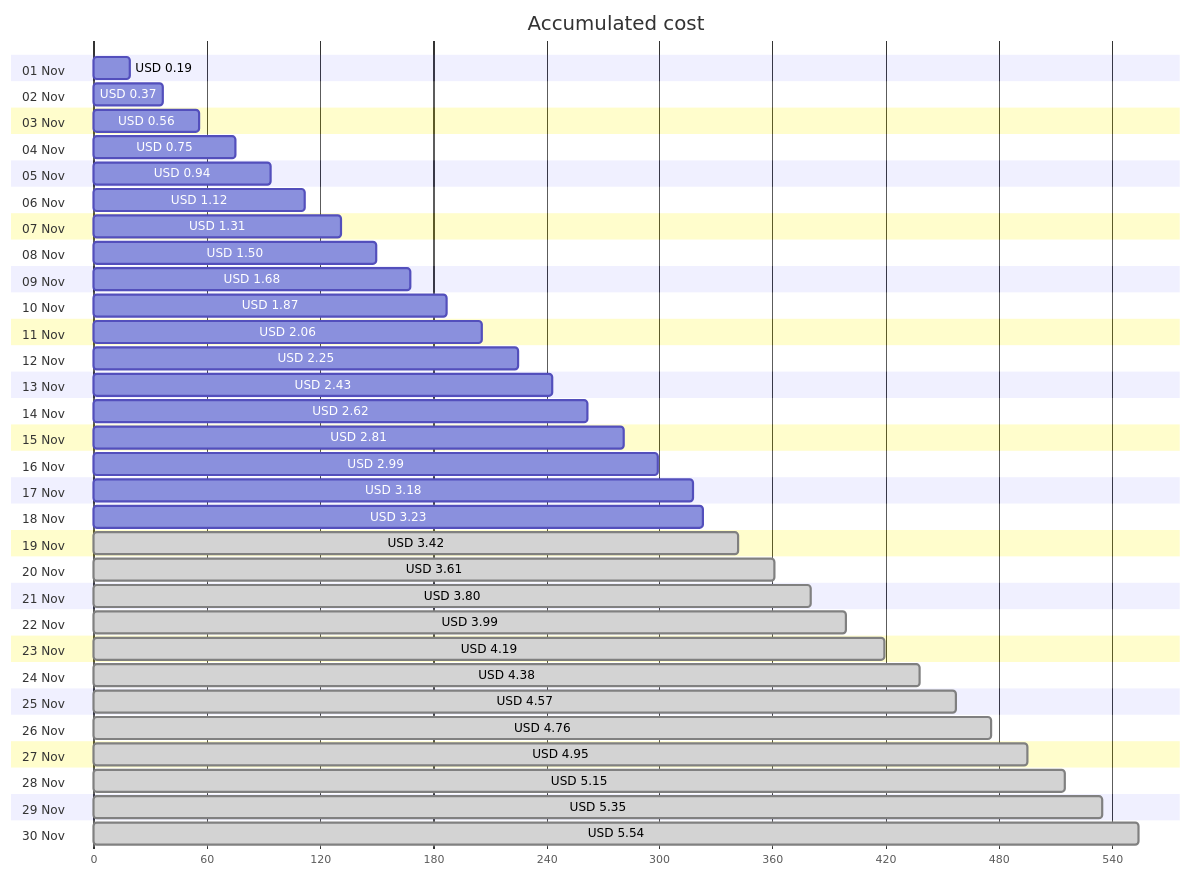
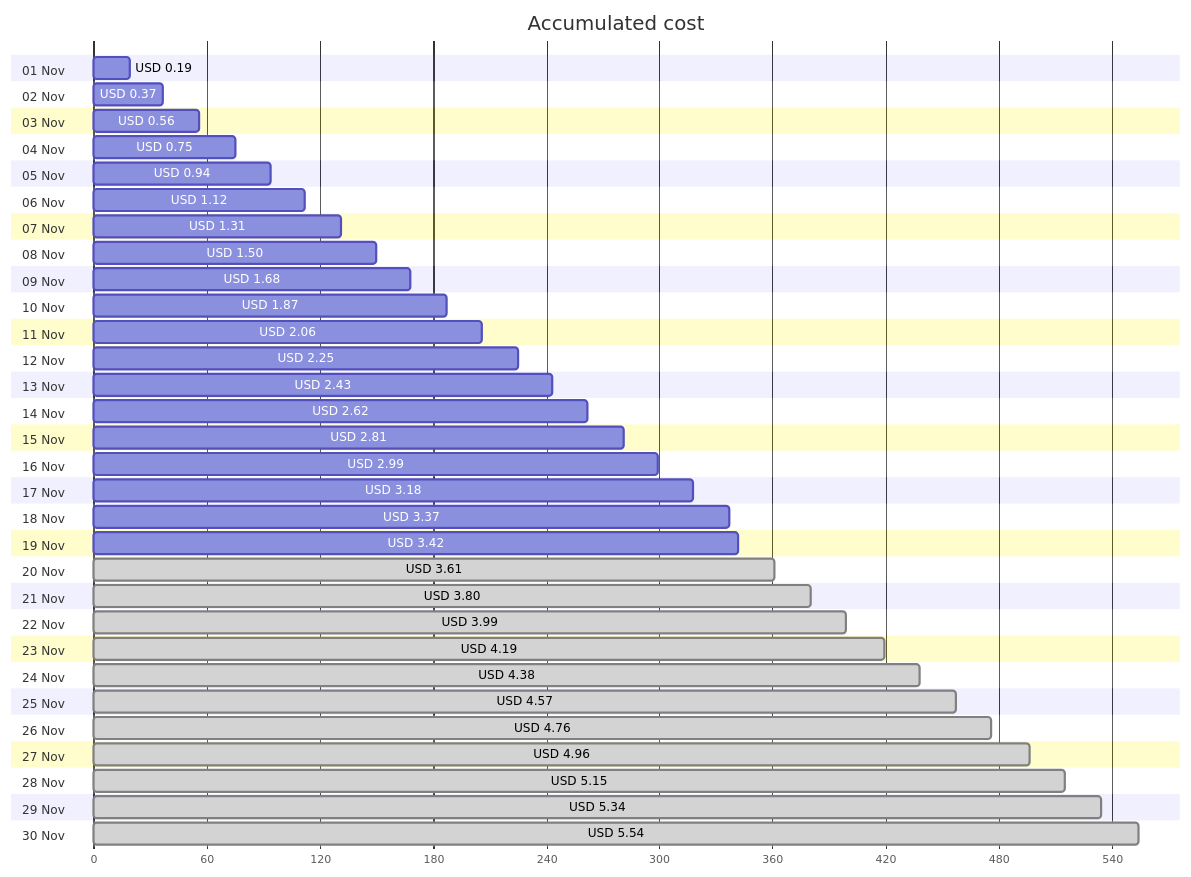
The first of 4 diagrams in cost-reports/personal-network/backup-server.md (jpfulton/azure-personal-reports), drawn with Mermaid before and after one commit. The commit also changed other lines of this file and 8 other files, not shown here.

````diff
--- a/cost-reports/personal-network/backup-server.md
+++ b/cost-reports/personal-network/backup-server.md
@@ -20,66 +20,66 @@
 ```mermaid
 gantt
    title Accumulated cost
    dateFormat  X
    axisFormat %s
    section 01 Nov
    USD 0.19 :0, 19
    section 02 Nov
    USD 0.37 :0, 37
    section 03 Nov
    USD 0.56 :0, 56
    section 04 Nov
    USD 0.75 :0, 75
    section 05 Nov
    USD 0.94 :0, 94
    section 06 Nov
    USD 1.12 :0, 112
    section 07 Nov
    USD 1.31 :0, 131
    section 08 Nov
    USD 1.50 :0, 150
    section 09 Nov
    USD 1.68 :0, 168
    section 10 Nov
    USD 1.87 :0, 187
    section 11 Nov
    USD 2.06 :0, 206
    section 12 Nov
    USD 2.25 :0, 225
    section 13 Nov
    USD 2.43 :0, 243
    section 14 Nov
    USD 2.62 :0, 262
    section 15 Nov
    USD 2.81 :0, 281
    section 16 Nov
    USD 2.99 :0, 299
    section 17 Nov
    USD 3.18 :0, 318
    section 18 Nov
-   USD 3.23 :0, 323
+   USD 3.37 :0, 337
    section 19 Nov
-   USD 3.42 : done, 0, 342
+   USD 3.42 :0, 342
    section 20 Nov
    USD 3.61 : done, 0, 361
    section 21 Nov
    USD 3.80 : done, 0, 380
    section 22 Nov
    USD 3.99 : done, 0, 399
    section 23 Nov
    USD 4.19 : done, 0, 419
    section 24 Nov
    USD 4.38 : done, 0, 438
    section 25 Nov
    USD 4.57 : done, 0, 457
    section 26 Nov
    USD 4.76 : done, 0, 476
    section 27 Nov
-   USD 4.95 : done, 0, 495
+   USD 4.96 : done, 0, 496
    section 28 Nov
    USD 5.15 : done, 0, 515
    section 29 Nov
-   USD 5.35 : done, 0, 535
+   USD 5.34 : done, 0, 534
    section 30 Nov
    USD 5.54 : done, 0, 554
 ```
````
